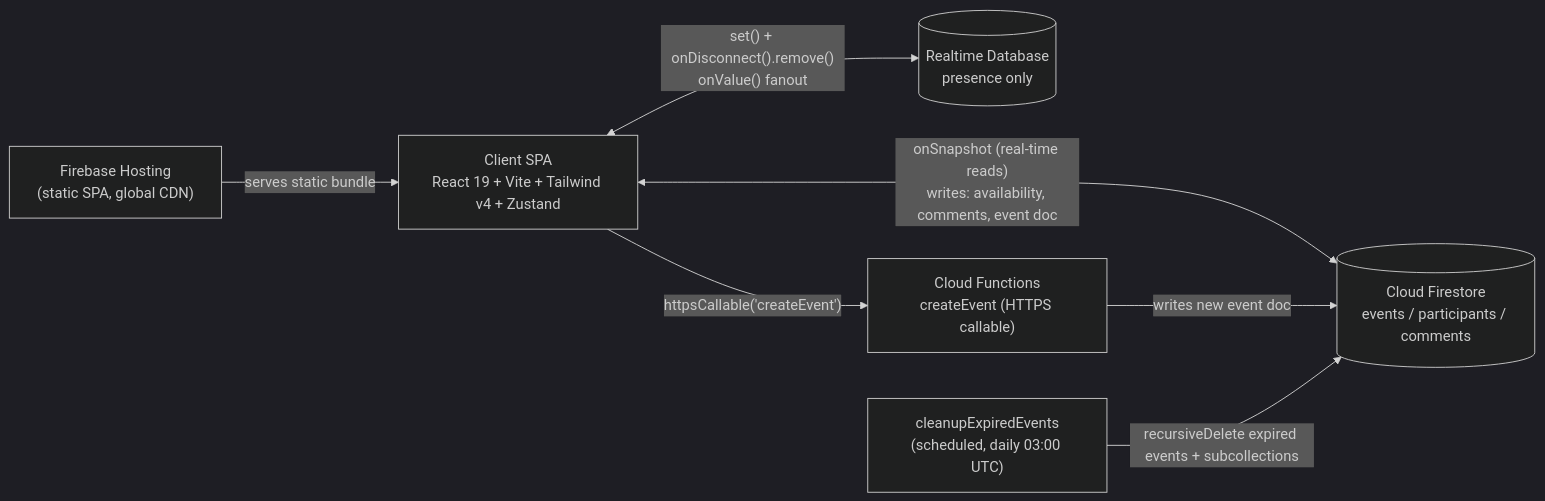
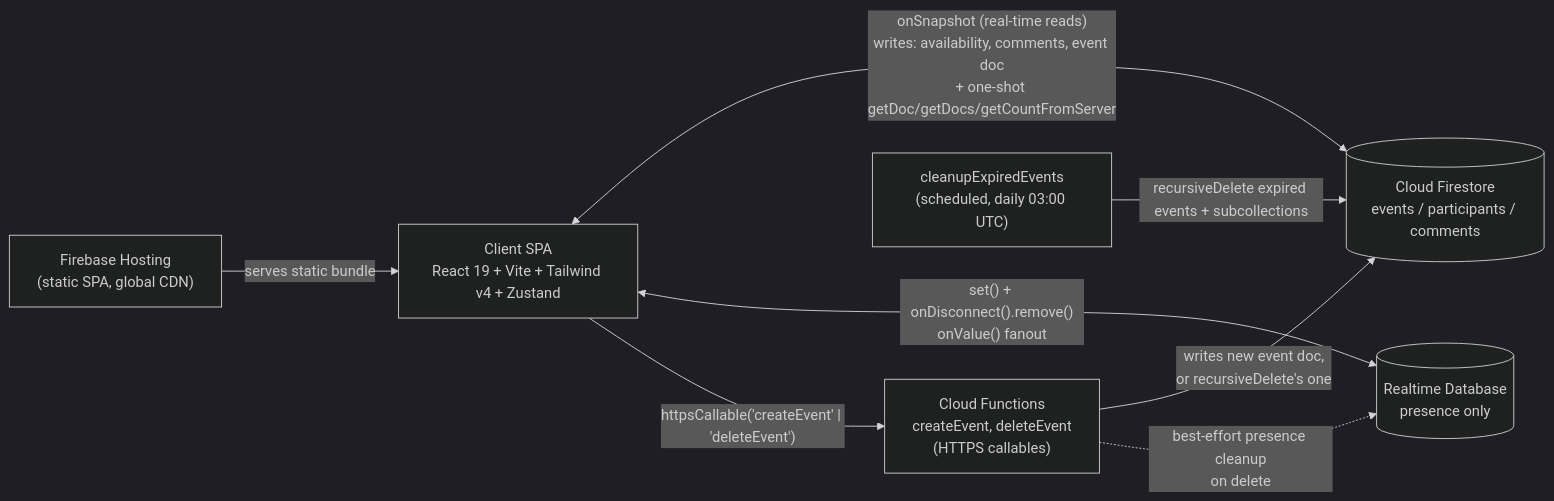
One commit to chlgustjr41/schedule2gather changed the first of 2 diagrams in docs/architecture.md. Above: the diagram before and after it, drawn with Mermaid (dark theme). The commit also changed other lines of this file and 2 other files, not shown here.

Commit message:
docs(v1.3): landing, join-by-code, dashboard, deleteEvent

````diff
--- a/docs/architecture.md
+++ b/docs/architecture.md
@@ -15,16 +19,17 @@
 ```mermaid
 flowchart LR
   Client["Client SPA<br/>React 19 + Vite + Tailwind v4 + Zustand"]
   Hosting["Firebase Hosting<br/>(static SPA, global CDN)"]
   Firestore[("Cloud Firestore<br/>events / participants / comments")]
   RTDB[("Realtime Database<br/>presence only")]
-  Functions["Cloud Functions<br/>createEvent (HTTPS callable)"]
+  Functions["Cloud Functions<br/>createEvent, deleteEvent<br/>(HTTPS callables)"]
   Scheduler["cleanupExpiredEvents<br/>(scheduled, daily 03:00 UTC)"]
 
   Hosting -- "serves static bundle" --> Client
-  Client <-- "onSnapshot (real-time reads)<br/>writes: availability, comments, event doc" --> Firestore
+  Client <-- "onSnapshot (real-time reads)<br/>writes: availability, comments, event doc<br/>+ one-shot getDoc/getDocs/getCountFromServer" --> Firestore
   Client <-- "set() + onDisconnect().remove()<br/>onValue() fanout" --> RTDB
-  Client -- "httpsCallable('createEvent')" --> Functions
-  Functions -- "writes new event doc" --> Firestore
+  Client -- "httpsCallable('createEvent' | 'deleteEvent')" --> Functions
+  Functions -- "writes new event doc,<br/>or recursiveDelete's one" --> Firestore
+  Functions -. "best-effort presence cleanup<br/>on delete" .-> RTDB
   Scheduler -- "recursiveDelete expired events + subcollections" --> Firestore
 ```
````
